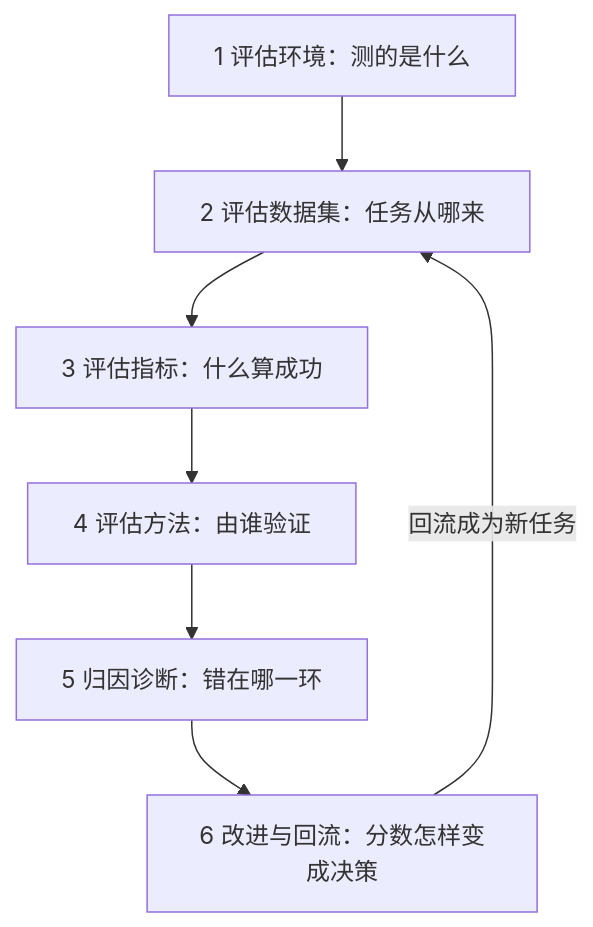
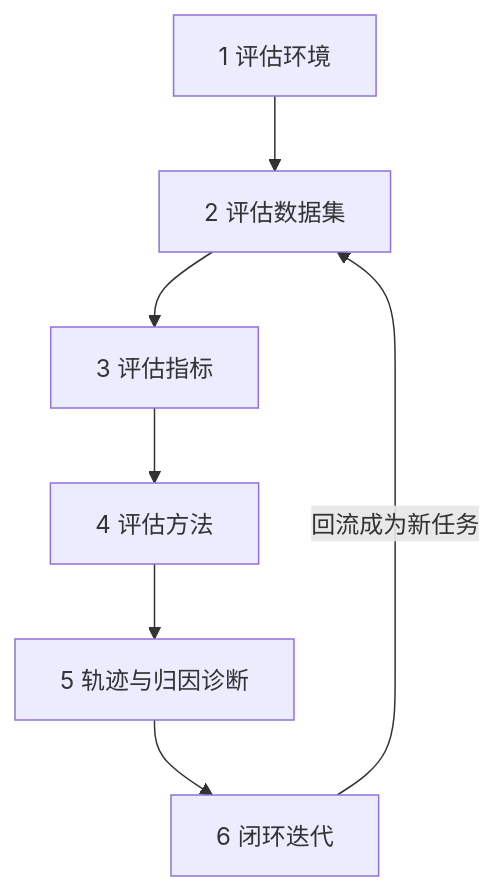
One commit to gshkuang/gshkuang.github.io changed the first of 3 diagrams in docs/posts/agent-eval.md. Above: the diagram before and after it, drawn with Mermaid. The commit also changed other lines of this file, not shown here.

````diff
--- a/docs/posts/agent-eval.md
+++ b/docs/posts/agent-eval.md
@@ -12,9 +12,9 @@
 ```mermaid
 flowchart TD
-  S1["1 评估环境：测的是什么"] --> S2["2 评估数据集：任务从哪来"]
-  S2 --> S3["3 评估指标：什么算成功"]
-  S3 --> S4["4 评估方法：由谁验证"]
-  S4 --> S5["5 归因诊断：错在哪一环"]
-  S5 --> S6["6 改进与回流：分数怎样变成决策"]
+  S1["1 评估环境"] --> S2["2 评估数据集"]
+  S2 --> S3["3 评估指标"]
+  S3 --> S4["4 评估方法"]
+  S4 --> S5["5 轨迹与归因诊断"]
+  S5 --> S6["6 闭环迭代"]
   S6 -->|回流成为新任务| S2
 ```
````
